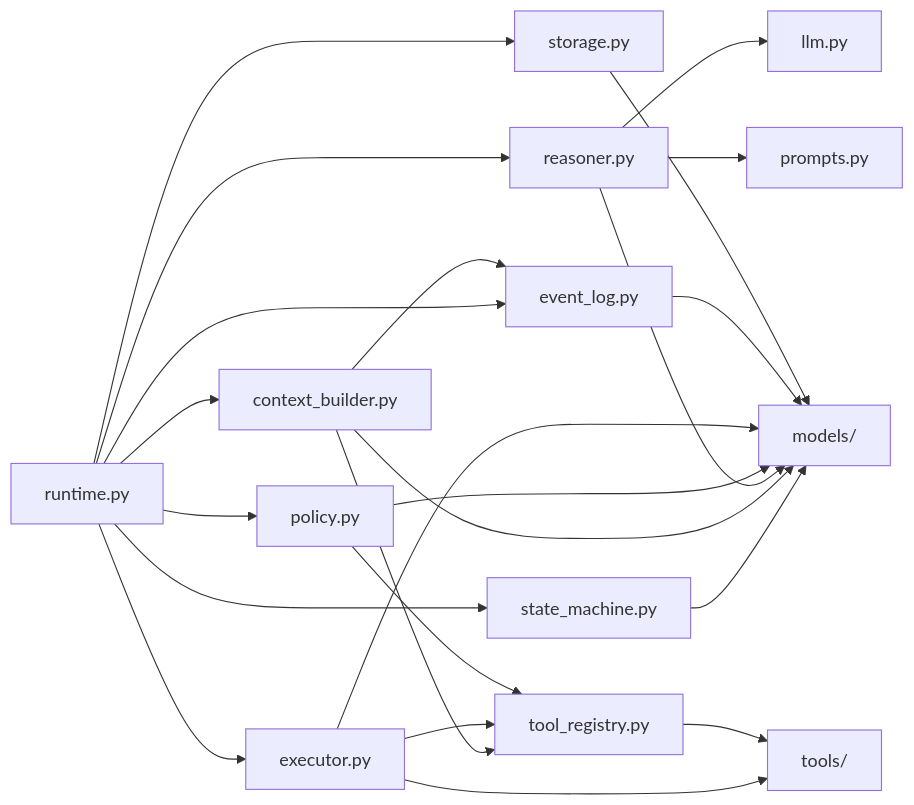
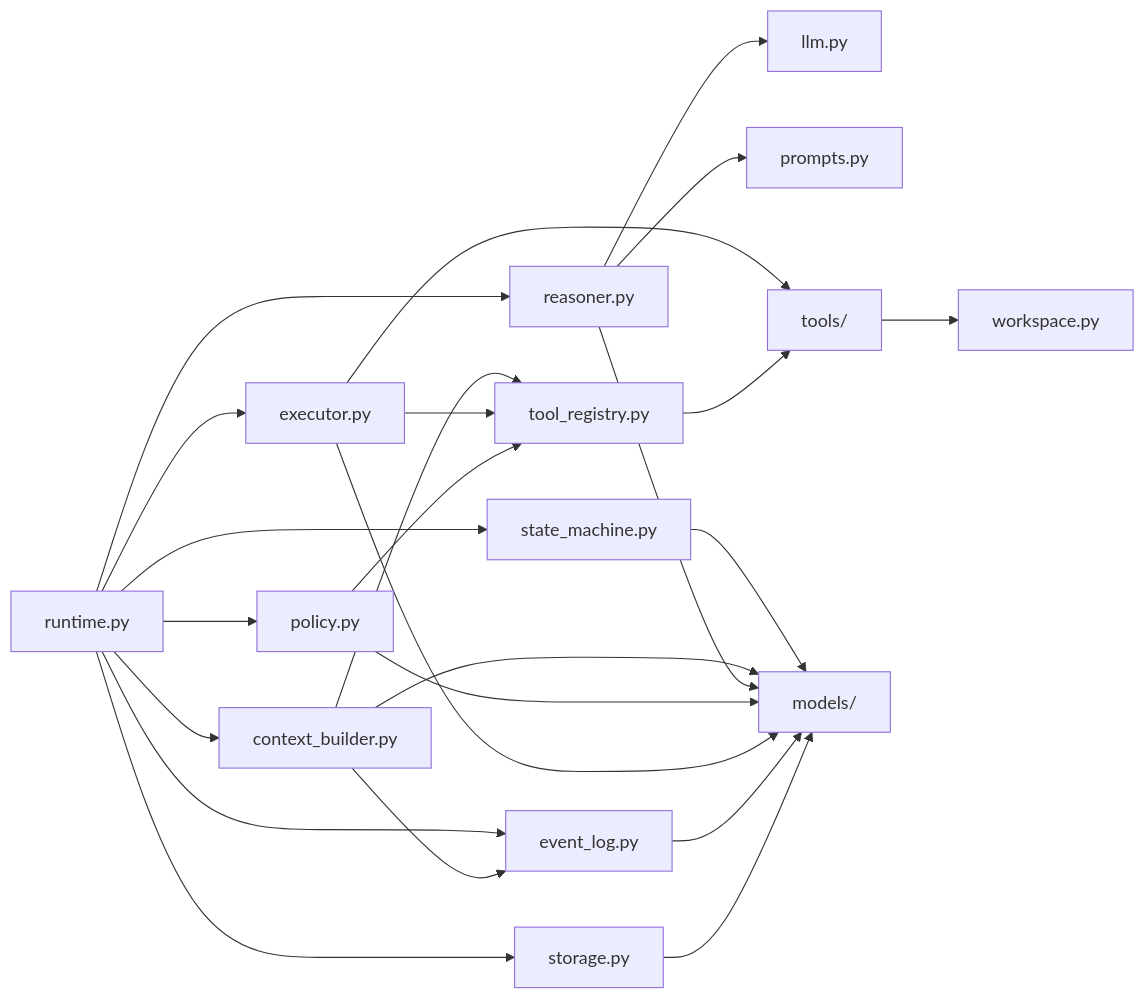
One commit to MaximeVigier/peon changed the fourth of 4 diagrams in ARCHITECTURE.md. Above: the diagram before and after it, drawn with Mermaid. The commit also changed other lines of this file and 14 other files, not shown here.

First line of the commit message:
Add Workspace port for filesystem/shell Tools (Phase 2)

````diff
--- a/ARCHITECTURE.md
+++ b/ARCHITECTURE.md
@@ -396,30 +436,31 @@
 ```mermaid
 graph LR
     runtime[runtime.py] --> state_machine[state_machine.py]
     runtime --> context_builder[context_builder.py]
     runtime --> reasoner[reasoner.py]
     runtime --> policy[policy.py]
     runtime --> executor[executor.py]
     runtime --> event_log[event_log.py]
     runtime --> storage[storage.py]
 
     context_builder --> event_log
     context_builder --> tool_registry[tool_registry.py]
 
     reasoner --> llm[llm.py]
     reasoner --> prompts[prompts.py]
 
     executor --> tool_registry
     executor --> tools[tools/]
 
     policy --> tool_registry
     tool_registry --> tools
+    tools --> workspace[workspace.py]
 
     state_machine --> models[models/]
     context_builder --> models
     reasoner --> models
     policy --> models
     executor --> models
     event_log --> models
     storage --> models
 ```
````
